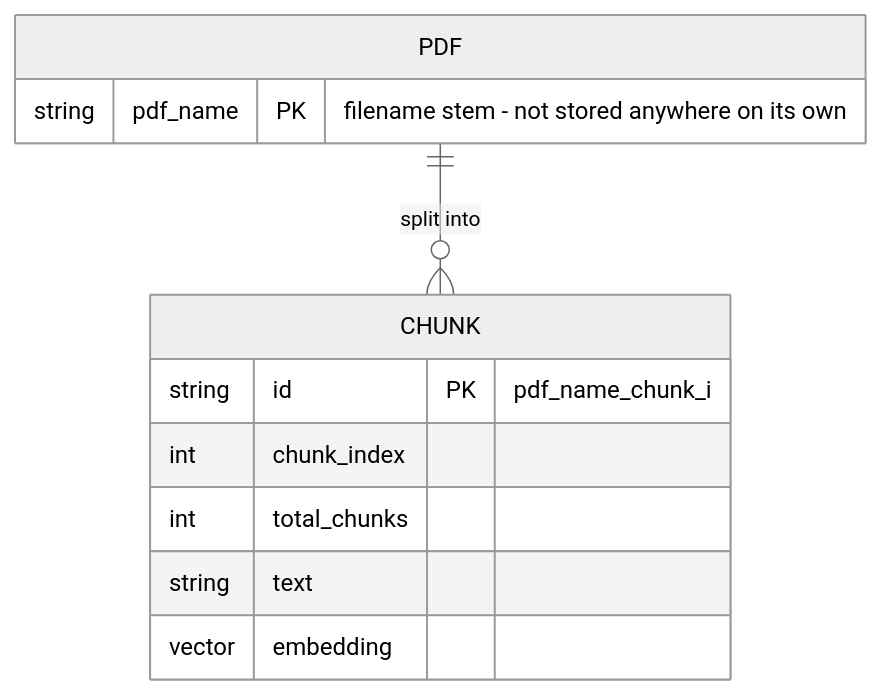
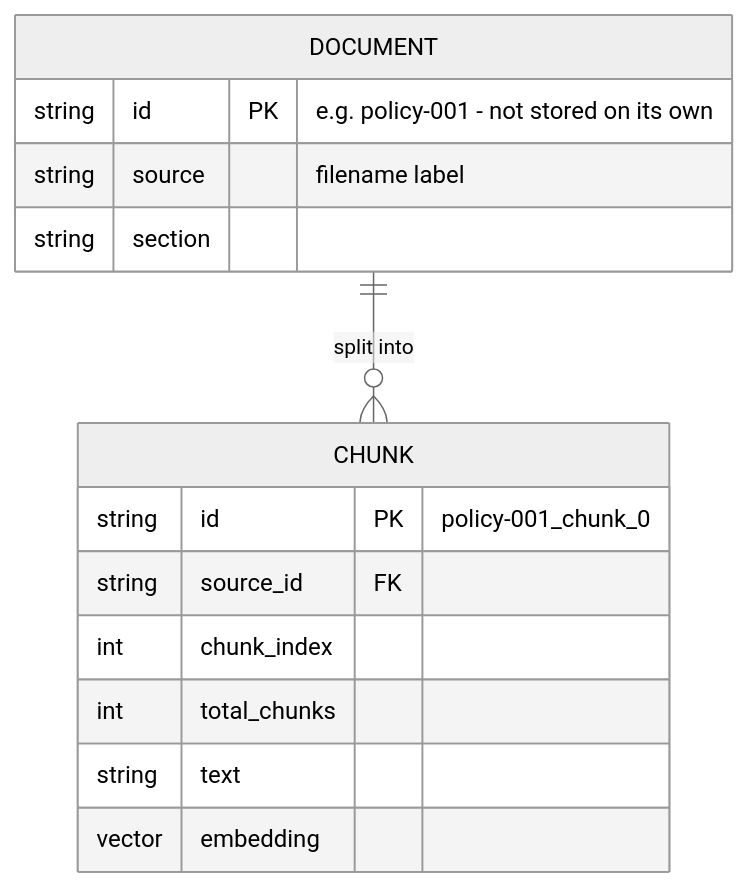
One commit to lsolor/korg-pdf-qa changed the eighth of 19 diagrams in ARCHITECTURE.md. Above: the diagram before and after it, drawn with Mermaid (neutral theme). The commit also changed other lines of this file, not shown here.

First line of the commit message:
Update ARCHITECTURE.md for the script-based RAG pipeline

````diff
--- a/ARCHITECTURE.md
+++ b/ARCHITECTURE.md
@@ -342,14 +349,17 @@
 ```mermaid
 erDiagram
-    PDF ||--o{ CHUNK : "split into"
-    PDF {
-        string pdf_name PK "filename stem - not stored anywhere on its own"
+    DOCUMENT ||--o{ CHUNK : "split into"
+    DOCUMENT {
+        string id PK "e.g. policy-001 - not stored on its own"
+        string source "filename label"
+        string section
     }
     CHUNK {
-        string id PK "pdf_name_chunk_i"
+        string id PK "policy-001_chunk_0"
+        string source_id FK
         int chunk_index
         int total_chunks
         string text
         vector embedding
     }
 ```
````
